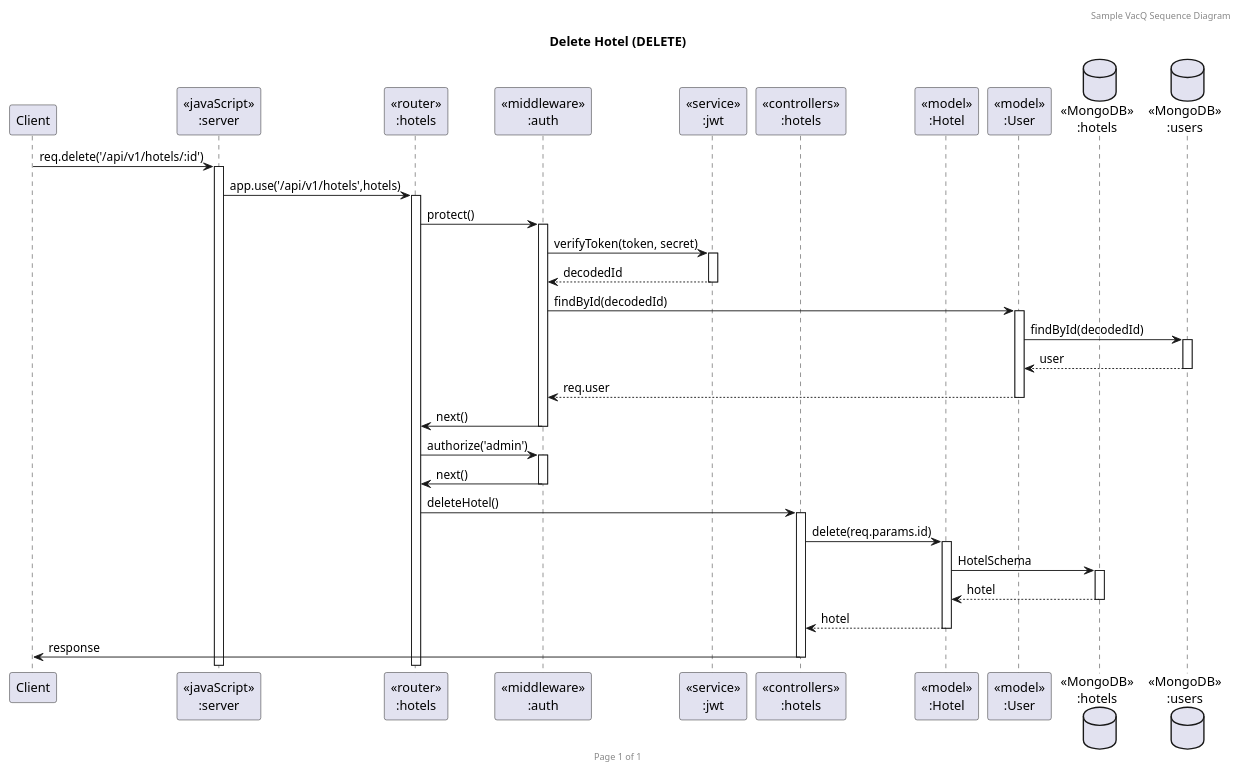
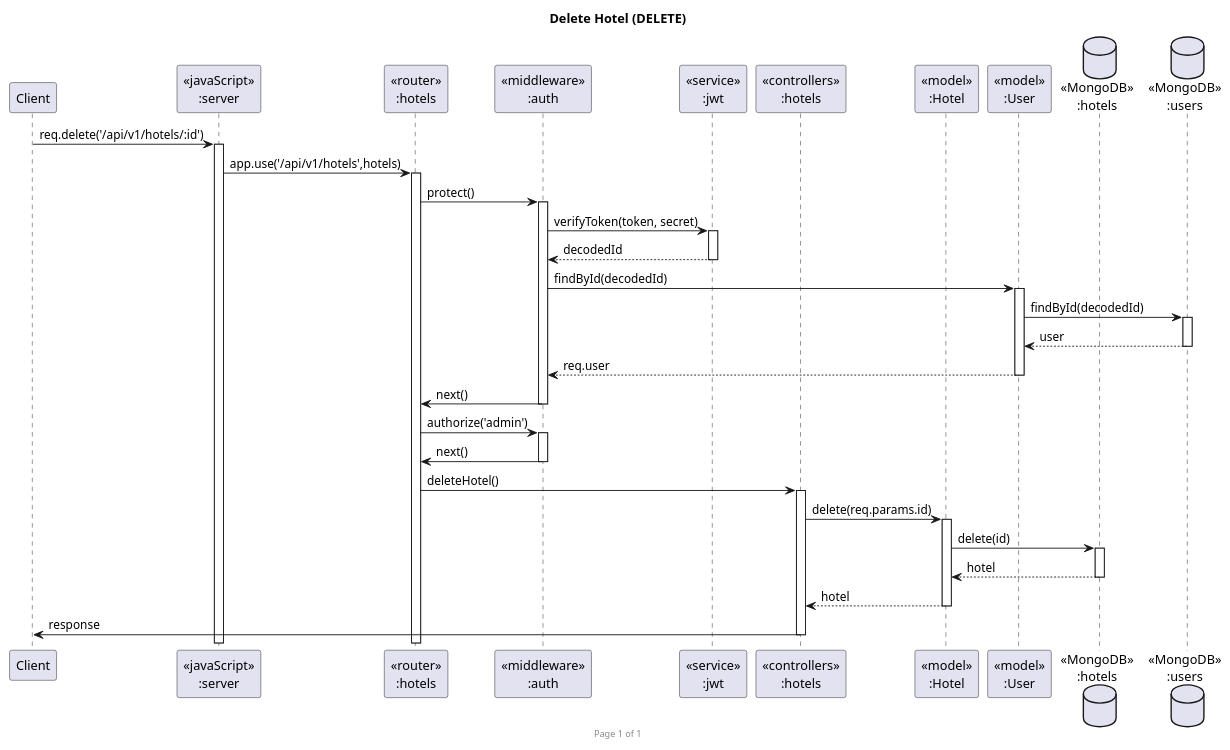
The diagram in diagram/sequence/hotels/hotelDELETE/hotelDELETE.puml (n0n7/SWDev_Final), drawn with PlantUML before and after one commit. The commit also changed 16 other files, not shown here.

Commit message:
update auth sequence diagram

```diff
--- a/diagram/sequence/hotels/hotelDELETE/hotelDELETE.puml
+++ b/diagram/sequence/hotels/hotelDELETE/hotelDELETE.puml
@@ -1,40 +1,39 @@
 @startuml Delete Hotel (DELETE)
 
-header Sample VacQ Sequence Diagram
 footer Page %page% of %lastpage%
 title "Delete Hotel (DELETE)"
 
 participant "Client" as client
 participant "<<javaScript>>\n:server" as server
 participant "<<router>>\n:hotels" as routerHotels
 participant "<<middleware>>\n:auth" as authMiddleware
 participant "<<service>>\n:jwt" as jwtService
 participant "<<controllers>>\n:hotels" as controllersHotels
 participant "<<model>>\n:Hotel" as modelHotel
 participant "<<model>>\n:User" as modelUser
 database "<<MongoDB>>\n:hotels" as HotelsDatabase
 database "<<MongoDB>>\n:users" as UsersDatabase
 
 client->server ++:req.delete('/api/v1/hotels/:id')
 server->routerHotels ++:app.use('/api/v1/hotels',hotels)
 
 routerHotels -> authMiddleware ++:protect()
 authMiddleware -> jwtService ++:verifyToken(token, secret)
 authMiddleware <-- jwtService --: decodedId
 
 authMiddleware -> modelUser ++: findById(decodedId)
 modelUser -> UsersDatabase ++: findById(decodedId)
 modelUser <-- UsersDatabase --: user
 authMiddleware <-- modelUser --: req.user
 authMiddleware -> routerHotels --: next()
 routerHotels -> authMiddleware ++: authorize('admin')
 authMiddleware -> routerHotels --: next()
 
 routerHotels -> controllersHotels ++:deleteHotel()
 controllersHotels->modelHotel ++:delete(req.params.id)
-modelHotel ->HotelsDatabase ++: HotelSchema
+modelHotel ->HotelsDatabase ++: delete(id)
 HotelsDatabase --> modelHotel --: hotel
 controllersHotels <-- modelHotel --:hotel
 controllersHotels->client --:response
 
 @enduml
```
